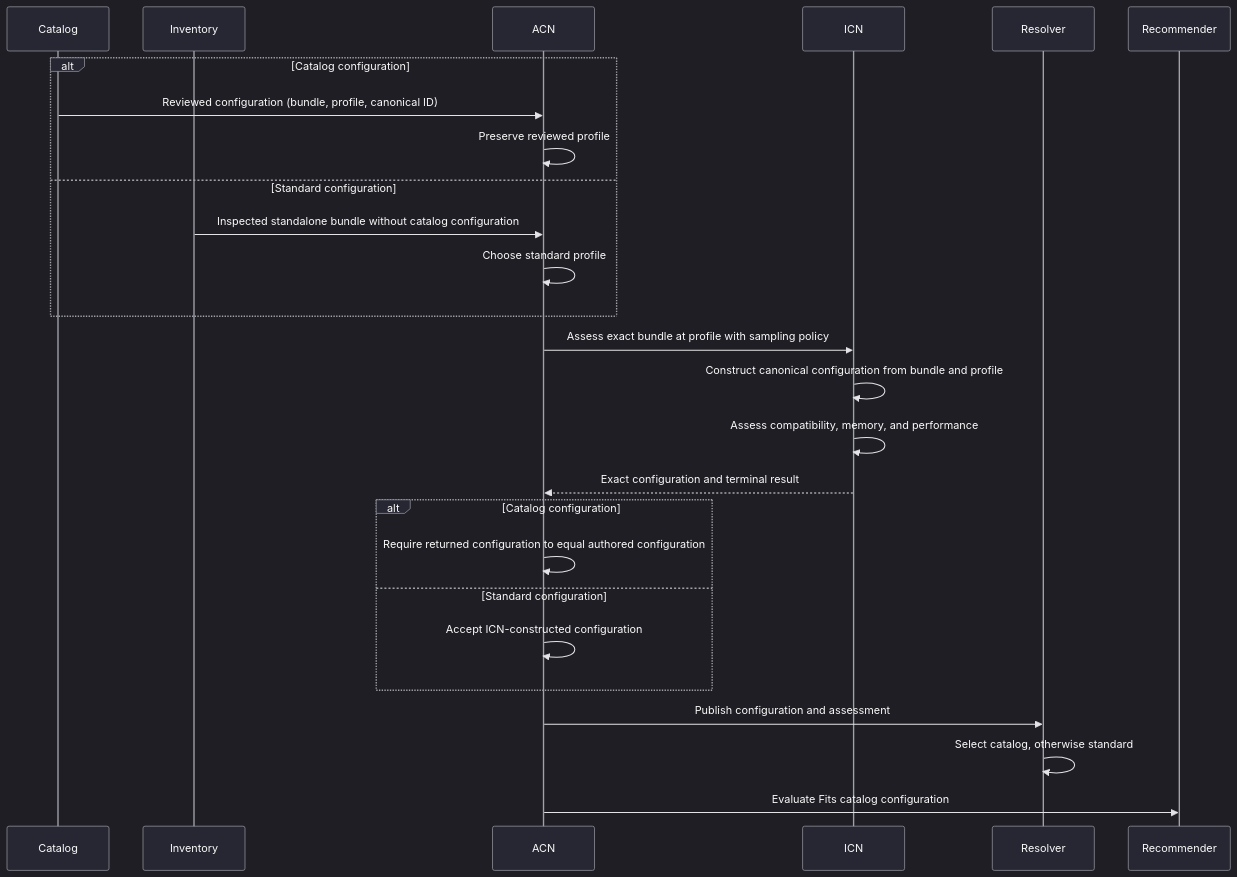
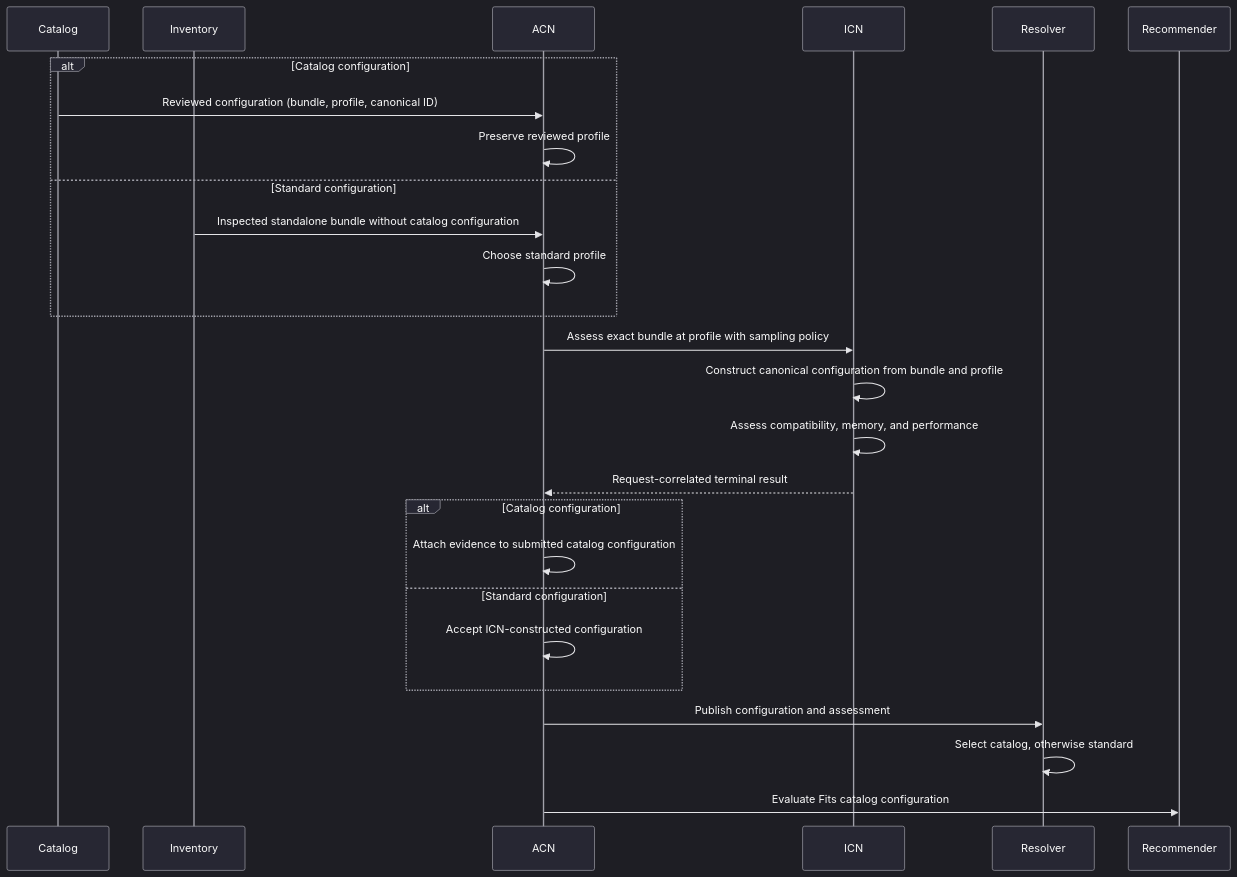
Before and after one commit to magnitudedev/magnitude: the diagram in design/model-management/assessment-and-recommendation.md, drawn with Mermaid. The commit also changed other lines of this file and 74 other files, not shown here.

````diff
--- a/design/model-management/assessment-and-recommendation.md
+++ b/design/model-management/assessment-and-recommendation.md
@@ -28,33 +28,33 @@
 ```mermaid
 %%{init: { "theme": "dark", "themeVariables": { "background": "#16161d", "primaryColor": "#272733", "primaryTextColor": "#fafafa", "primaryBorderColor": "#a1a1aa", "lineColor": "#e4e4e7", "textColor": "#fafafa", "actorBkg": "#272733", "actorBorder": "#a1a1aa", "actorTextColor": "#fafafa", "actorLineColor": "#a1a1aa", "signalColor": "#e4e4e7", "signalTextColor": "#fafafa", "labelBoxBkgColor": "#272733", "labelBoxBorderColor": "#a1a1aa", "labelTextColor": "#fafafa", "loopTextColor": "#fafafa" } } }%%
 sequenceDiagram
     participant Catalog
     participant Inventory
     participant ACN
     participant ICN
     participant Resolver
     participant Recommender
 
     alt Catalog configuration
         Catalog->>ACN: Reviewed configuration (bundle, profile, canonical ID)
         ACN->>ACN: Preserve reviewed profile
     else Standard configuration
         Inventory->>ACN: Inspected standalone bundle without catalog configuration
         ACN->>ACN: Choose standard profile
     end
 
     ACN->>ICN: Assess exact bundle at profile with sampling policy
     ICN->>ICN: Construct canonical configuration from bundle and profile
     ICN->>ICN: Assess compatibility, memory, and performance
-    ICN-->>ACN: Exact configuration and terminal result
+    ICN-->>ACN: Request-correlated terminal result
 
     alt Catalog configuration
-        ACN->>ACN: Require returned configuration to equal authored configuration
+        ACN->>ACN: Attach evidence to submitted catalog configuration
     else Standard configuration
         ACN->>ACN: Accept ICN-constructed configuration
     end
 
     ACN->>Resolver: Publish configuration and assessment
     Resolver->>Resolver: Select catalog, otherwise standard
     ACN->>Recommender: Evaluate Fits catalog configuration
 ```
````
